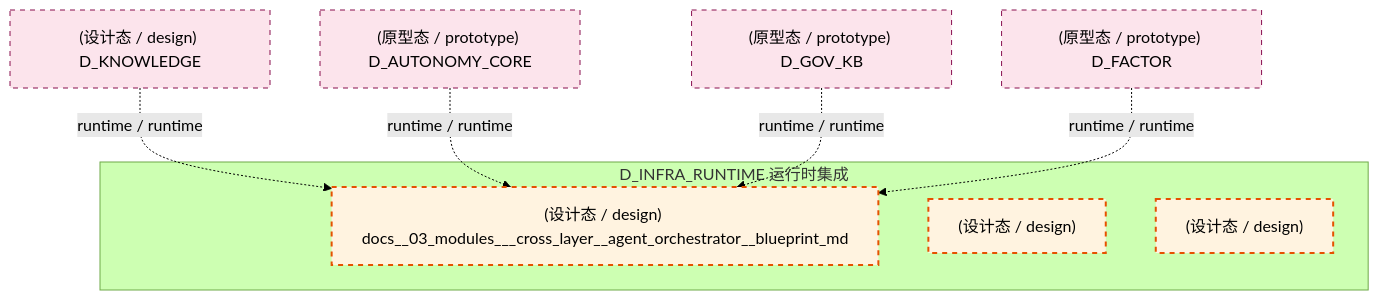
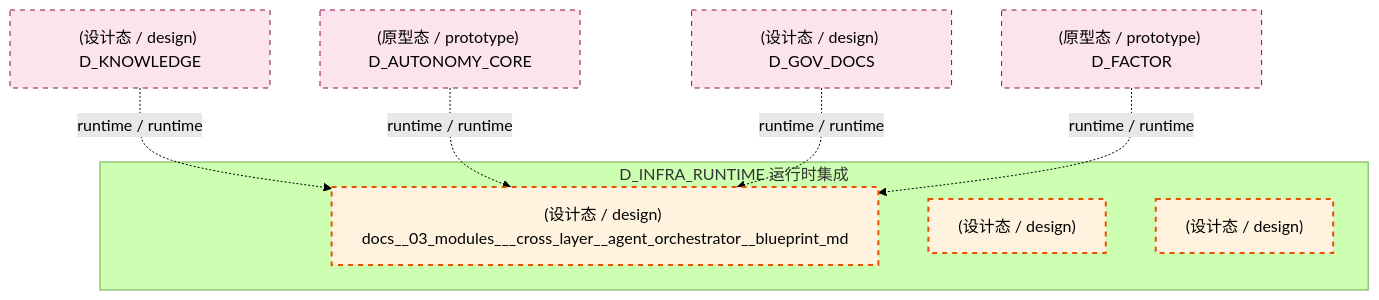
One commit to xuanFelixVan/ZephyrAlpha changed the tenth of 12 diagrams in docs/02_enterprise_architecture/02_domain_architecture_docs/04_d_infra_runtime.md. Above: the diagram before and after it, drawn with Mermaid (forest theme). The commit also changed other lines of this file and 112 other files, not shown here.

````diff
--- a/docs/02_enterprise_architecture/02_domain_architecture_docs/04_d_infra_runtime.md
+++ b/docs/02_enterprise_architecture/02_domain_architecture_docs/04_d_infra_runtime.md
@@ -1389,22 +1391,22 @@
 ```mermaid
 graph TD
     subgraph D_INFRA_RUNTIME["D_INFRA_RUNTIME 运行时集成"]
         docs_03_modules_cross_layer_agent_orchestrator_blueprint_md["(设计态 / design) docs__03_modules___cross_layer__agent_orchestrator__blueprint_md"]
         docs_03_modules_cross_layer_shared_core_contracts_blueprint_md["(设计态 / design) "]
         docs_03_modules_cross_layer_shared_core_shared_infra_blueprint_md["(设计态 / design) "]
     end
     D_KNOWLEDGE["(设计态 / design) D_KNOWLEDGE"]
     D_KNOWLEDGE -.->|runtime / runtime| docs_03_modules_cross_layer_agent_orchestrator_blueprint_md
     D_AUTONOMY_CORE["(原型态 / prototype) D_AUTONOMY_CORE"]
     D_AUTONOMY_CORE -.->|runtime / runtime| docs_03_modules_cross_layer_agent_orchestrator_blueprint_md
-    D_GOV_KB["(原型态 / prototype) D_GOV_KB"]
-    D_GOV_KB -.->|runtime / runtime| docs_03_modules_cross_layer_agent_orchestrator_blueprint_md
+    D_GOV_DOCS["(设计态 / design) D_GOV_DOCS"]
+    D_GOV_DOCS -.->|runtime / runtime| docs_03_modules_cross_layer_agent_orchestrator_blueprint_md
     D_FACTOR["(原型态 / prototype) D_FACTOR"]
     D_FACTOR -.->|runtime / runtime| docs_03_modules_cross_layer_agent_orchestrator_blueprint_md
     classDef production fill:#e1f5fe,stroke:#01579b,stroke-width:2px,color:#000
     classDef design fill:#fff3e0,stroke:#e65100,stroke-width:2px,color:#000,stroke-dasharray: 5 5
     classDef external_prod fill:#e8f5e9,stroke:#1b5e20,stroke-width:1px,color:#000
     classDef external_design fill:#fce4ec,stroke:#880e4f,stroke-width:1px,color:#000,stroke-dasharray: 5 5
     class docs_03_modules_cross_layer_agent_orchestrator_blueprint_md,docs_03_modules_cross_layer_shared_core_contracts_blueprint_md,docs_03_modules_cross_layer_shared_core_shared_infra_blueprint_md design
-    class D_KNOWLEDGE,D_AUTONOMY_CORE,D_GOV_KB,D_FACTOR external_design
+    class D_KNOWLEDGE,D_AUTONOMY_CORE,D_GOV_DOCS,D_FACTOR external_design
 ```
````
